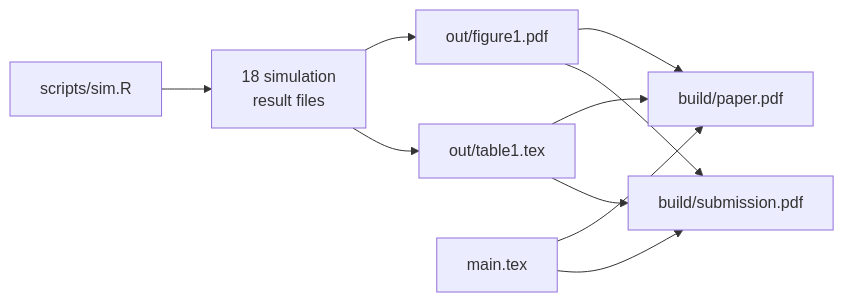
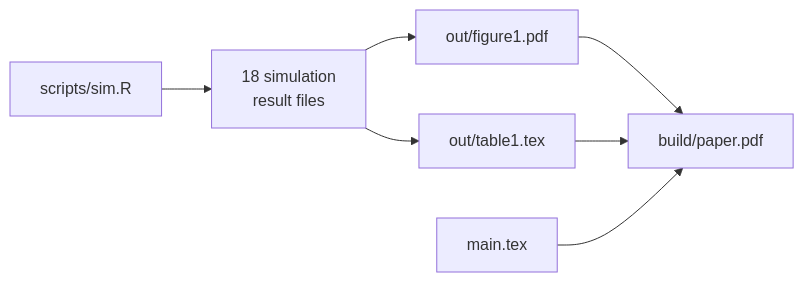
The diagram in index.qmd (lharris421/snakemake-tutorial), drawn with Mermaid before and after one commit. The commit also changed 29 other files, not shown here.

````diff
--- a/index.qmd
+++ b/index.qmd
@@ -56,13 +56,10 @@
 ```{mermaid}
 %%| fig-align: center
 flowchart LR
   C[scripts/sim.R] --> S1[18 simulation<br/>result files]
   S1 --> F[out/figure1.pdf]
   S1 --> T[out/table1.tex]
   F --> P[build/paper.pdf]
   T --> P
   M[main.tex] --> P
-  M --> R[build/submission.pdf]
-  F --> R
-  T --> R
 ```
````
